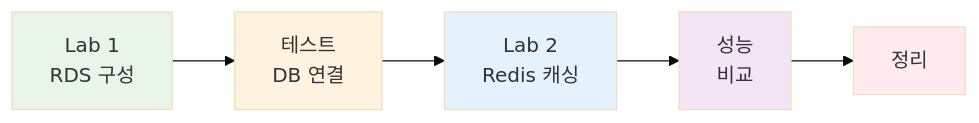
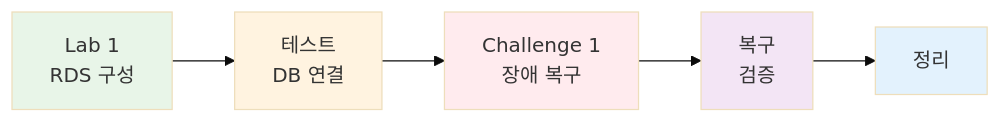
The seventh of 11 diagrams in theory/week_05/day3/README.md (niceguy61/kdt_devops_lecture_2025), drawn with Mermaid (base theme) before and after one commit. The commit also changed other lines of this file, not shown here.

````diff
--- a/theory/week_05/day3/README.md
+++ b/theory/week_05/day3/README.md
@@ -284,13 +284,13 @@
 ```mermaid
 graph LR
     L1[Lab 1<br/>RDS 구성] --> T1[테스트<br/>DB 연결]
-    T1 --> L2[Lab 2<br/>Redis 캐싱]
-    L2 --> T2[성능<br/>비교]
-    T2 --> C[정리]
+    T1 --> C1[Challenge 1<br/>장애 복구]
+    C1 --> T2[복구<br/>검증]
+    T2 --> CL[정리]
     
     style L1 fill:#e8f5e8
     style T1 fill:#fff3e0
-    style L2 fill:#e3f2fd
+    style C1 fill:#ffebee
     style T2 fill:#f3e5f5
-    style C fill:#ffebee
+    style CL fill:#e3f2fd
 ```
````
